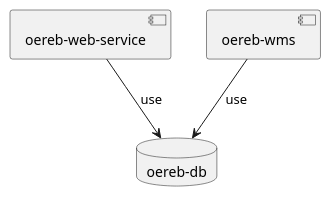
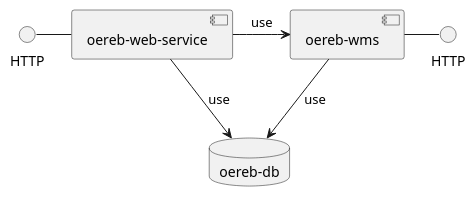
The diagram in oereb-components.puml (edigonzales-dumpster/oereb-uml), drawn with PlantUML before and after one commit.

```diff
--- a/oereb-components.puml
+++ b/oereb-components.puml
@@ -1,7 +1,14 @@
 @startuml oereb-kataster
+() "HTTP" as wsinterface
+() "HTTP" as wmsinterface
 component "oereb-web-service" as webservice
 component "oereb-wms" as wms
 database "oereb-db" as db
-webservice --> db : use
-wms --> db : use
+
+webservice-->db : use
+wms--> db : use
+webservice->wms : use
+
+wsinterface-webservice
+wms-wmsinterface
 @enduml
```
